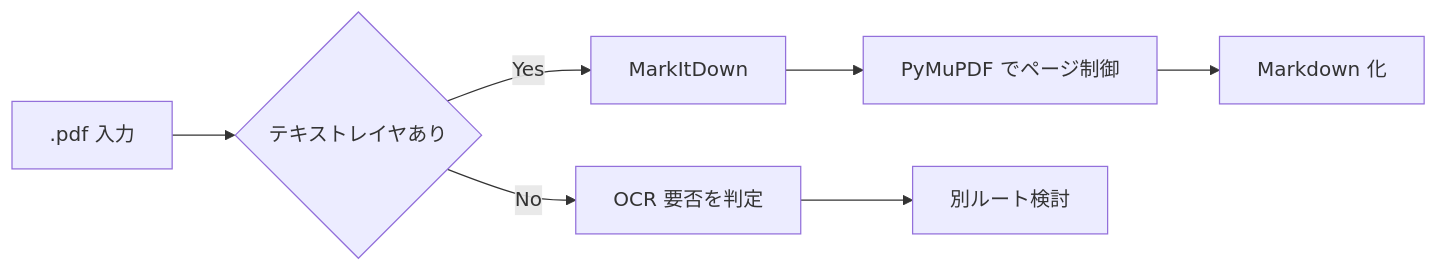
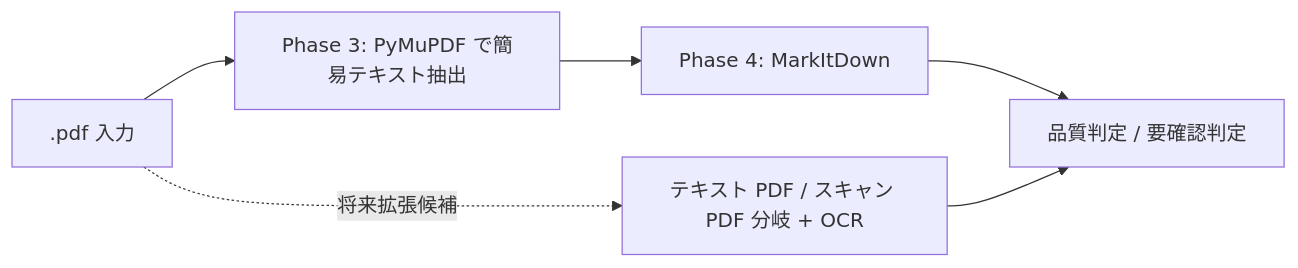
Before and after one commit to tudoumono/FileTrimming: the diagram in docs/拡張子別/pdf.md, drawn with Mermaid. The commit also changed other lines of this file and 7 other files, not shown here.

````diff
--- a/docs/拡張子別/pdf.md
+++ b/docs/拡張子別/pdf.md
@@ -21,9 +23,8 @@
 ```mermaid
 flowchart LR
-    A[".pdf 入力"] --> B{"テキストレイヤあり"}
-    B -->|Yes| C["MarkItDown"]
-    C --> D["PyMuPDF でページ制御"]
-    D --> E["Markdown 化"]
-    B -->|No| F["OCR 要否を判定"]
-    F --> G["別ルート検討"]
+    A[".pdf 入力"] --> B["Phase 3: PyMuPDF で簡易テキスト抽出"]
+    B --> C["Phase 4: MarkItDown"]
+    C --> D["品質判定 / 要確認判定"]
+    A -. 将来拡張候補 .-> E["テキスト PDF / スキャン PDF 分岐 + OCR"]
+    E --> D
 ```
````
